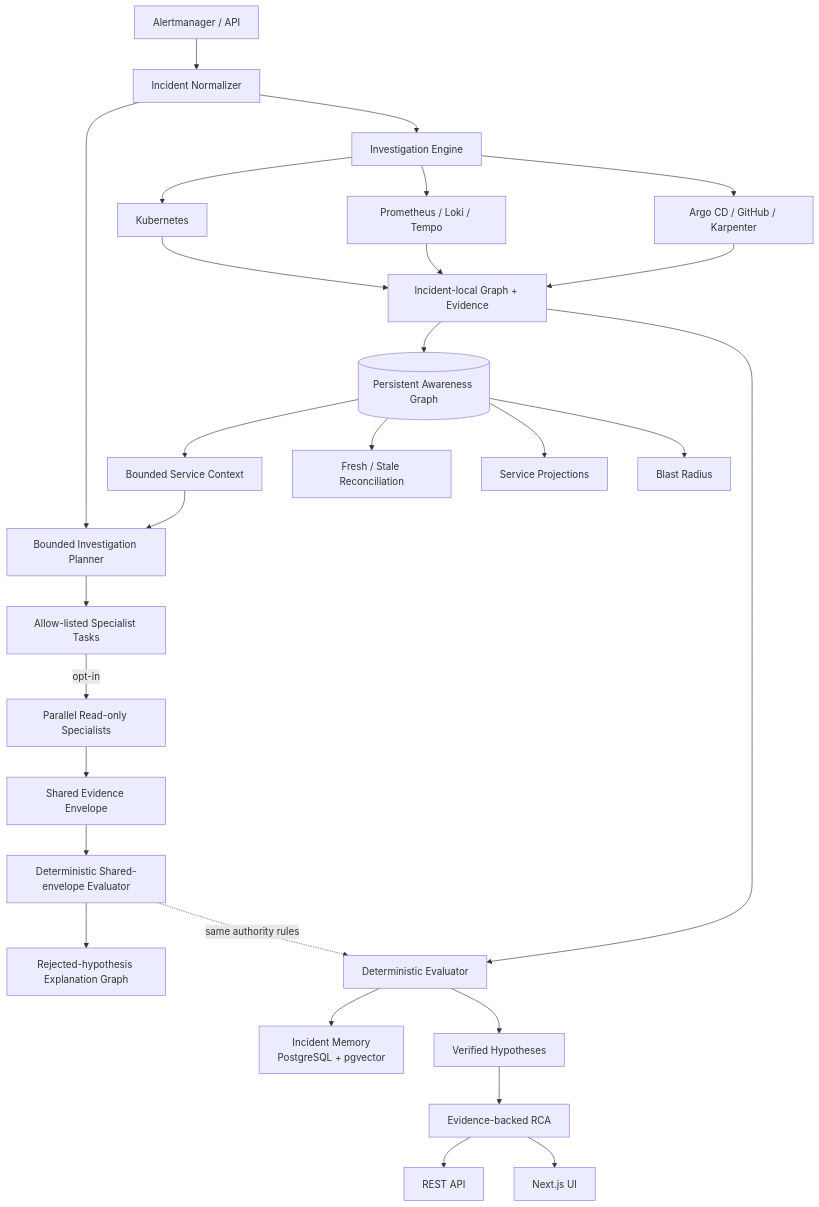
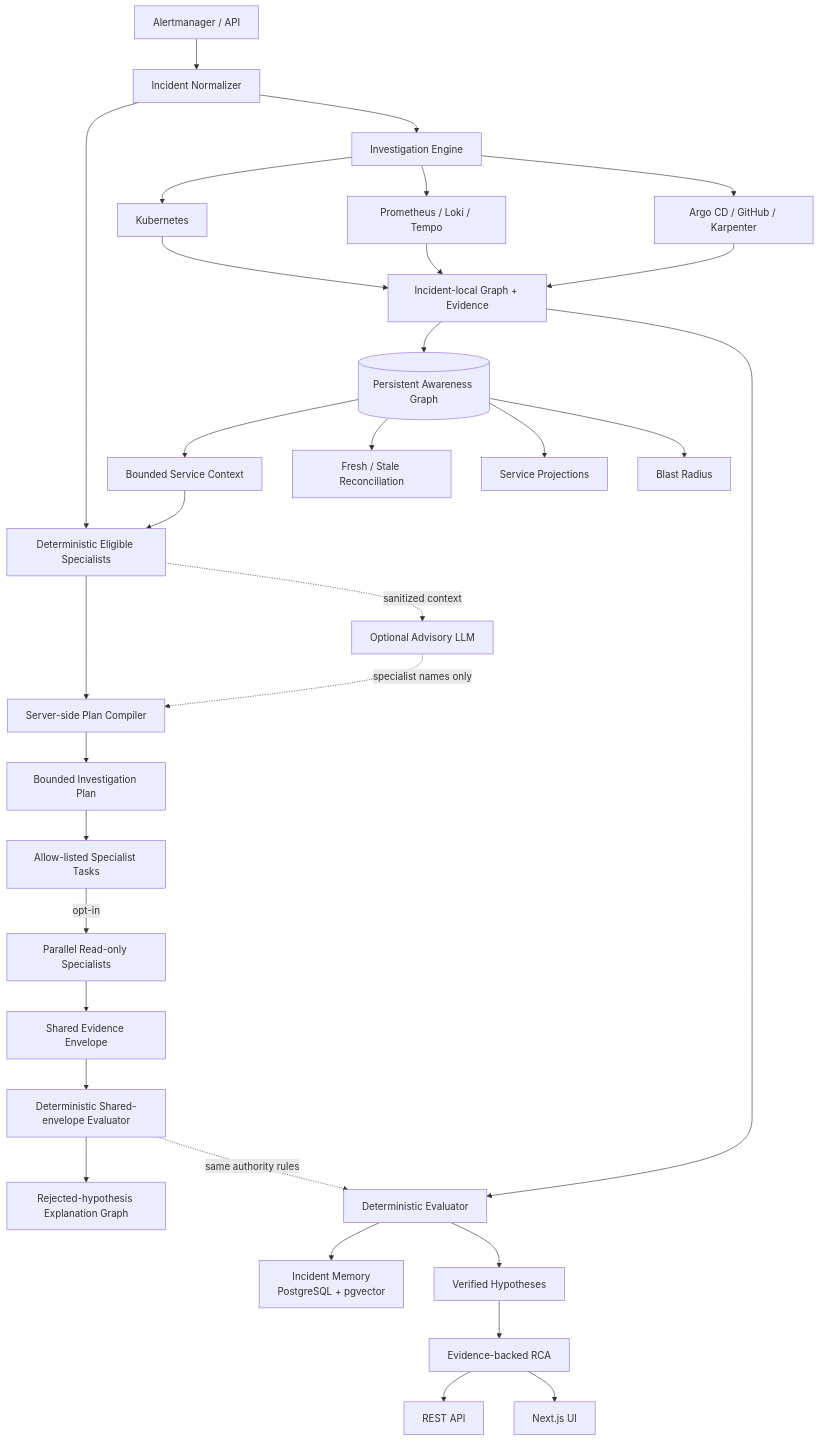
One commit to marcocristofolini/ai-sre-rca changed the first of 7 diagrams in README.md. Above: the diagram before and after it, drawn with Mermaid.

Commit message:
docs: draw model planner compiler boundary

````diff
--- a/README.md
+++ b/README.md
@@ -119,34 +119,38 @@
 ```mermaid
 flowchart TD
     A[Alertmanager / API] --> N[Incident Normalizer]
-    N --> P[Bounded Investigation Planner]
+    N --> EL[Deterministic Eligible Specialists]
     N --> E[Investigation Engine]
 
     G[(Persistent Awareness Graph)] --> C[Bounded Service Context]
-    C --> P
+    C --> EL
+    EL --> PC[Server-side Plan Compiler]
+    EL -. sanitized context .-> ADV[Optional Advisory LLM]
+    ADV -. specialist names only .-> PC
+    PC --> P[Bounded Investigation Plan]
     P --> T[Allow-listed Specialist Tasks]
     T -->|opt-in| X[Parallel Read-only Specialists]
     X --> SE[Shared Evidence Envelope]
     SE --> V[Deterministic Shared-envelope Evaluator]
     V --> EG[Rejected-hypothesis Explanation Graph]
 
     E --> K[Kubernetes]
     E --> O[Prometheus / Loki / Tempo]
     E --> CH[Argo CD / GitHub / Karpenter]
     K --> L[Incident-local Graph + Evidence]
     O --> L
     CH --> L
 
     L --> G
     G --> R[Fresh / Stale Reconciliation]
     G --> S[Service Projections]
     G --> B[Blast Radius]
 
     L --> D[Deterministic Evaluator]
     V -. same authority rules .-> D
     D --> M[Incident Memory<br/>PostgreSQL + pgvector]
     D --> H[Verified Hypotheses]
     H --> RCA[Evidence-backed RCA]
     RCA --> API[REST API]
     RCA --> UI[Next.js UI]
 ```
````
